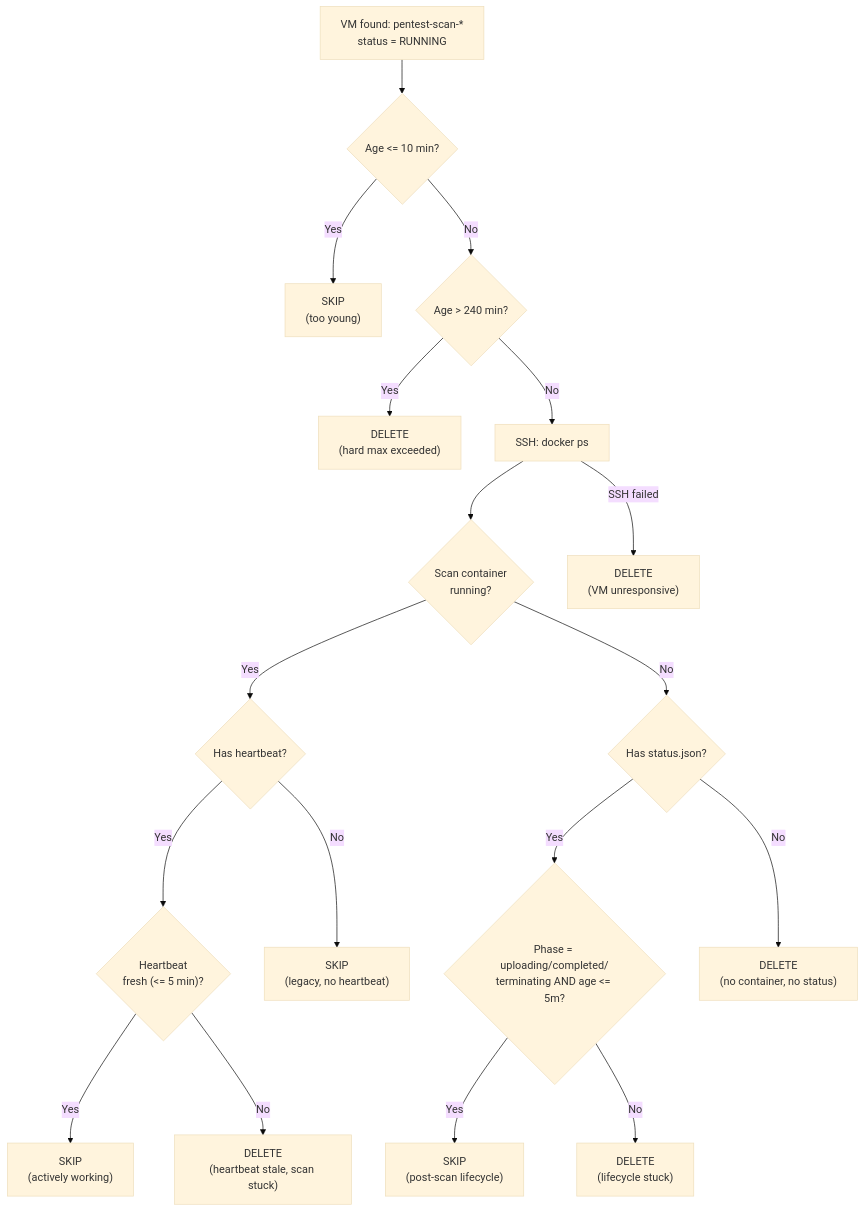
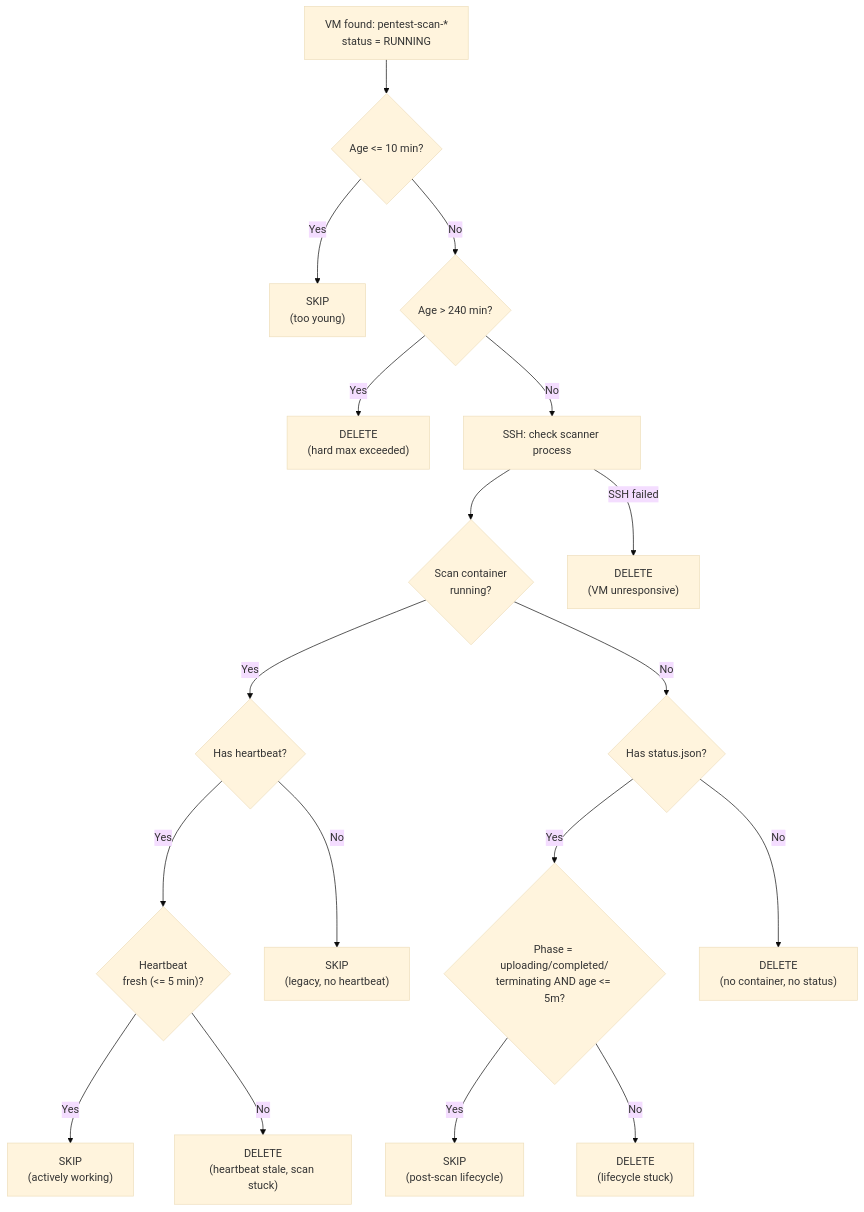
Before and after one commit to Peregrine-Technology-Systems/peregrine-penetrator-scanner: the sixth of 23 diagrams in docs/ARCHITECTURE.md, drawn with Mermaid (base theme). The commit also changed other lines of this file and 15 other files, not shown here.

````diff
--- a/docs/ARCHITECTURE.md
+++ b/docs/ARCHITECTURE.md
@@ -286,23 +286,23 @@
 ```mermaid
 flowchart TD
     Start["VM found: pentest-scan-*<br/>status = RUNNING"] --> Age{"Age <= 10 min?"}
     Age -->|Yes| Skip1["SKIP<br/>(too young)"]
     Age -->|No| HardMax{"Age > 240 min?"}
     HardMax -->|Yes| Delete1["DELETE<br/>(hard max exceeded)"]
-    HardMax -->|No| SSH["SSH: docker ps"]
+    HardMax -->|No| SSH["SSH: check scanner process"]
     SSH --> Container{"Scan container<br/>running?"}
 
     Container -->|Yes| HB{"Has heartbeat?"}
     HB -->|Yes| Fresh{"Heartbeat<br/>fresh (<= 5 min)?"}
     Fresh -->|Yes| Skip2["SKIP<br/>(actively working)"]
     Fresh -->|No| Delete2["DELETE<br/>(heartbeat stale, scan stuck)"]
     HB -->|No| Skip3["SKIP<br/>(legacy, no heartbeat)"]
 
     Container -->|No| Lifecycle{"Has status.json?"}
     Lifecycle -->|Yes| Phase{"Phase = uploading/completed/<br/>terminating AND age <= 5m?"}
     Phase -->|Yes| Skip4["SKIP<br/>(post-scan lifecycle)"]
     Phase -->|No| Delete3["DELETE<br/>(lifecycle stuck)"]
     Lifecycle -->|No| Delete4["DELETE<br/>(no container, no status)"]
 
     SSH -->|"SSH failed"| Delete5["DELETE<br/>(VM unresponsive)"]
 ```
````
